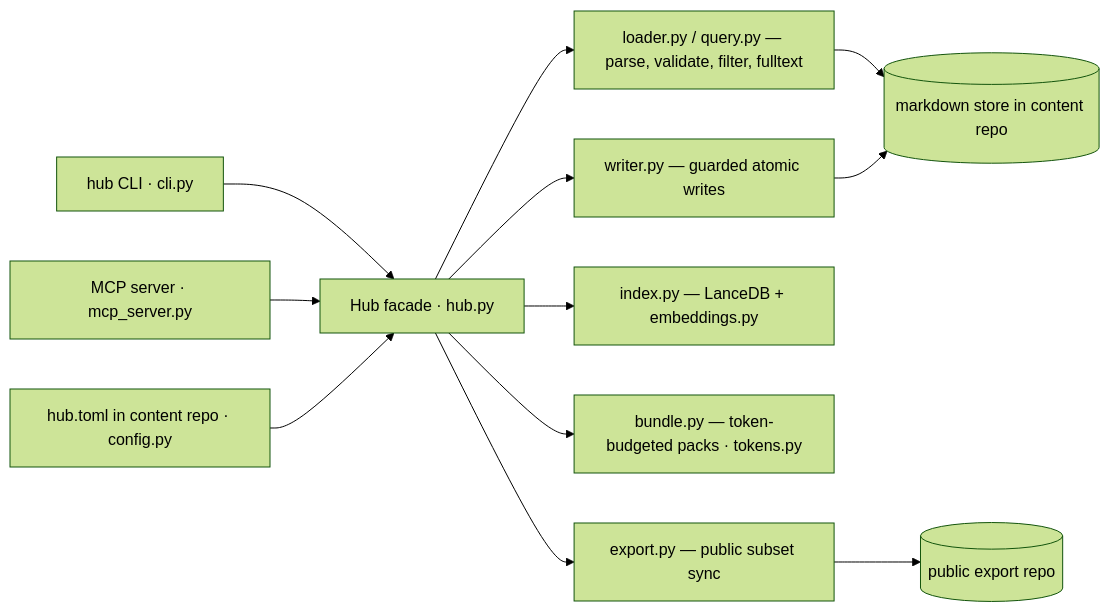
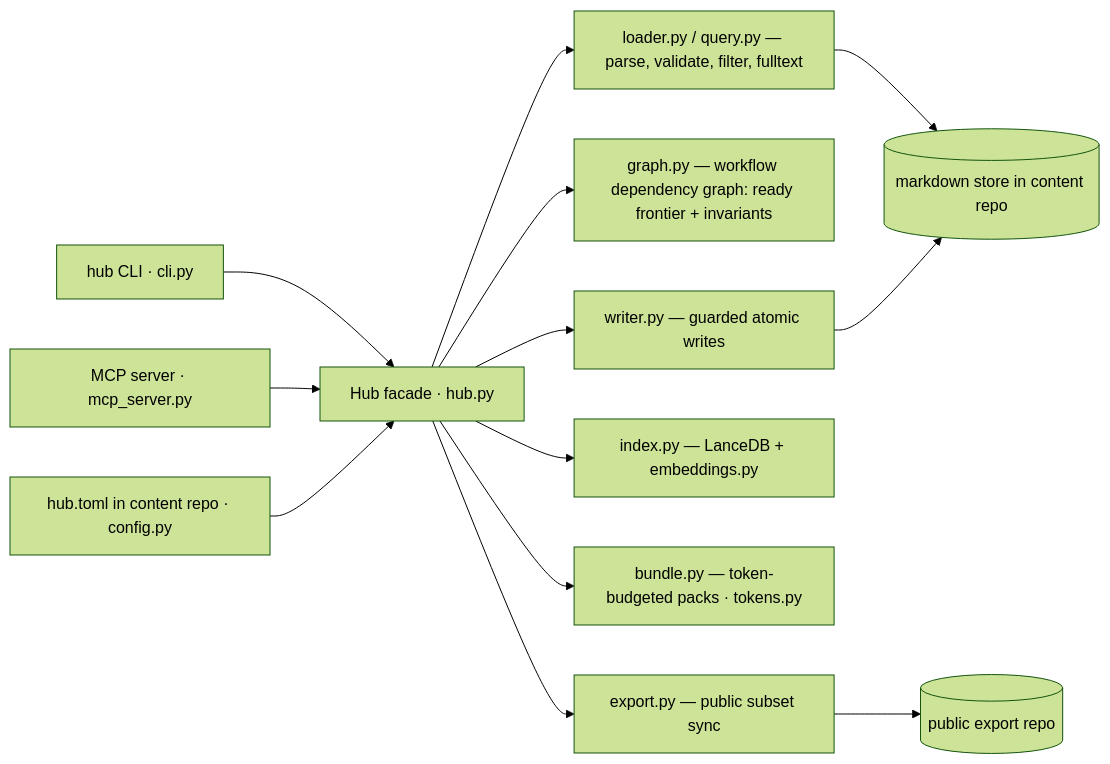
Before and after one commit to jkarancs/MemoryHub: the diagram in .ai/CONTEXT.md, drawn with Mermaid (forest theme). The commit also changed other lines of this file and 8 other files, not shown here.

Commit message:
feat(graph): add hub graph next/ready/status/validate over a workflow store (G2; public API gains Graph/GraphError)

````diff
--- a/.ai/CONTEXT.md
+++ b/.ai/CONTEXT.md
@@ -14,14 +14,15 @@
 ```mermaid
 flowchart LR
   CLI[hub CLI · cli.py] --> HUB[Hub facade · hub.py]
   MCP[MCP server · mcp_server.py] --> HUB
   CONF[hub.toml in content repo · config.py] --> HUB
   HUB --> LOADER[loader.py / query.py — parse, validate, filter, fulltext]
+  HUB --> GRAPH[graph.py — workflow dependency graph: ready frontier + invariants]
   HUB --> WRITER[writer.py — guarded atomic writes]
   HUB --> INDEX[index.py — LanceDB + embeddings.py]
   HUB --> BUNDLE[bundle.py — token-budgeted packs · tokens.py]
   HUB --> EXPORT[export.py — public subset sync]
   LOADER --> STORE[(markdown store in content repo)]
   WRITER --> STORE
   EXPORT --> PUB[(public export repo)]
 ```
````
